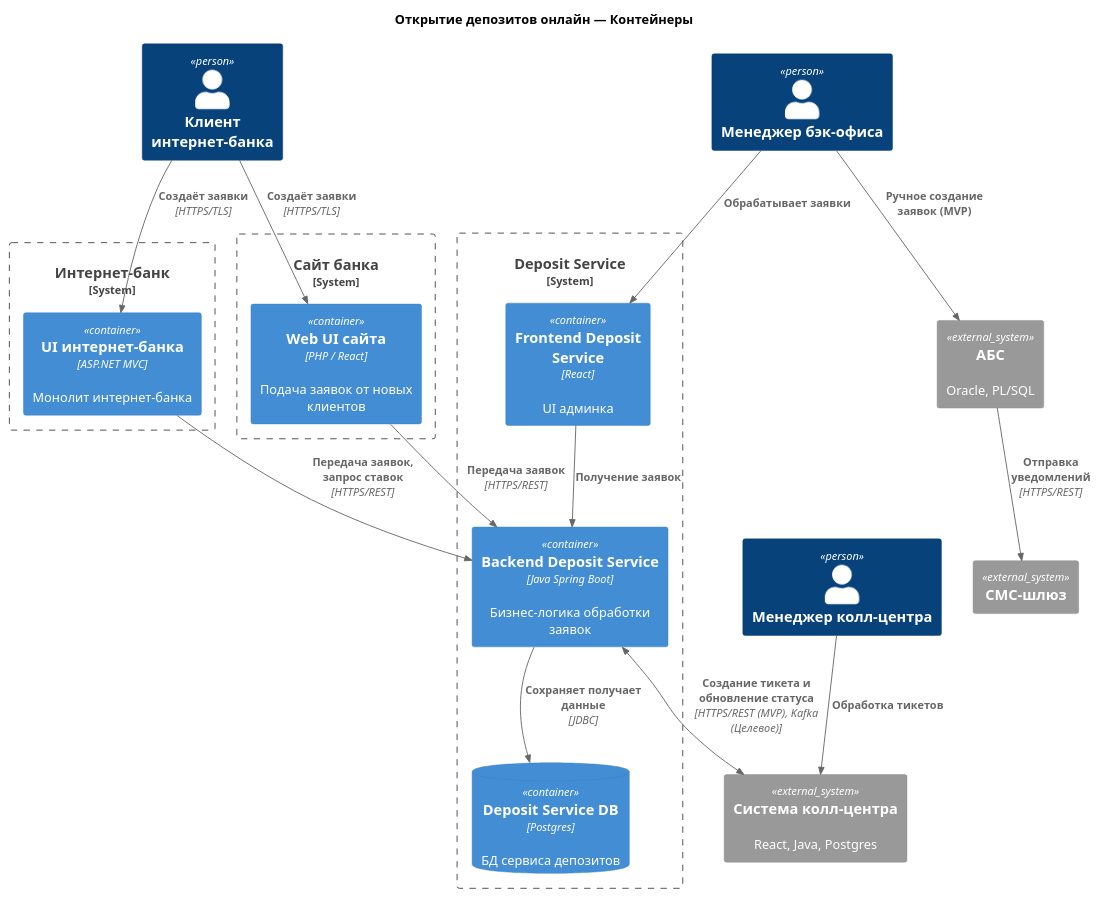
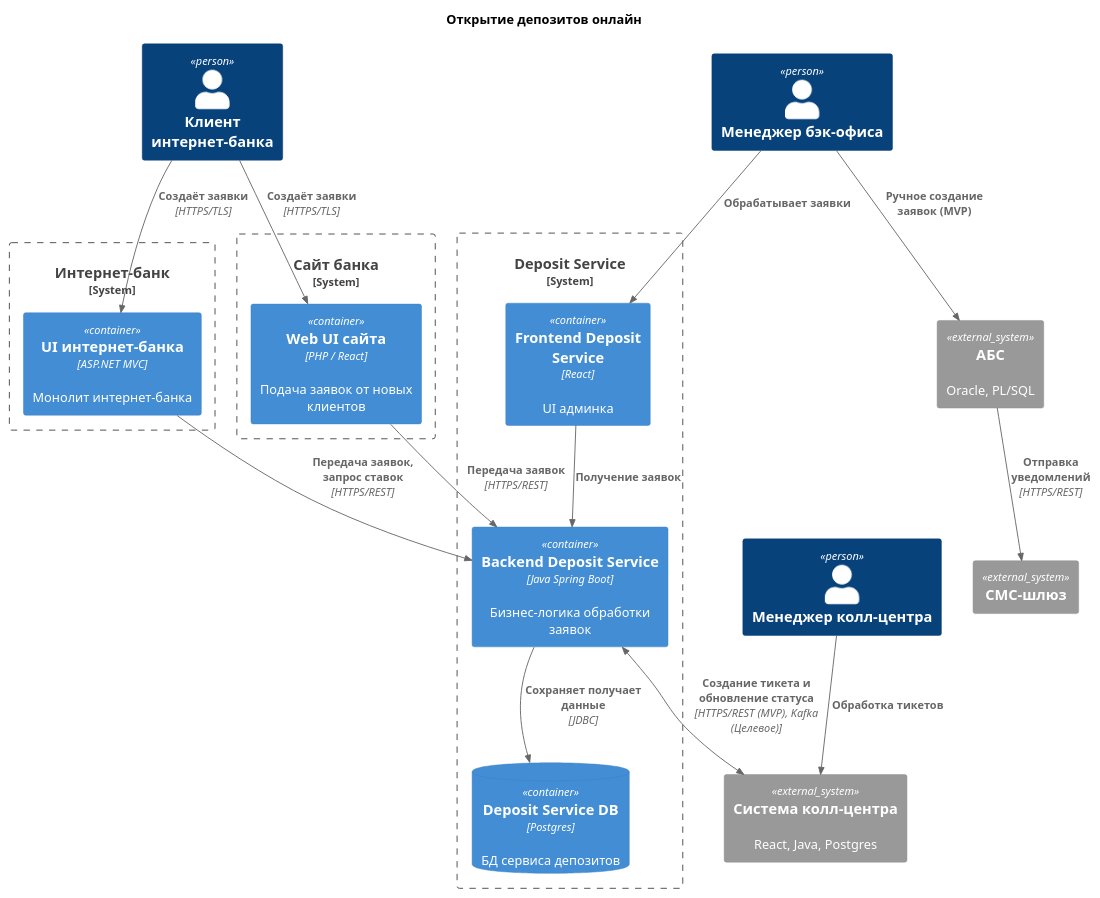
The diagram in Task3/container.puml (mrpeunov/architecture-pro-standart), drawn with PlantUML before and after one commit. The commit also changed 5 other files, not shown here.

```diff
--- a/Task3/container.puml
+++ b/Task3/container.puml
@@ -1,43 +1,43 @@
 @startuml C4_Container
 !include <C4/C4_Container.puml>
 
-title "Открытие депозитов онлайн — Контейнеры"
+title "Открытие депозитов онлайн"
 
 Person(client, "Клиент интернет-банка")
 Person(back_office_manager, "Менеджер бэк-офиса")
 Person(call_center_manager, "Менеджер колл-центра")
 
 System_Boundary(internet-bank, "Интернет-банк") {
  Container(internet_bank_app, "UI интернет-банка", "ASP.NET MVC", "Монолит интернет-банка")
 }
 
 System_Boundary(site, "Сайт банка") {
  Container(site_ui, "Web UI сайта", "PHP / React", "Подача заявок от новых клиентов")
 }
 
 System_Boundary(deposit_service, "Deposit Service") {
  Container(deposit_service_api, "Backend Deposit Service", "Java Spring Boot", "Бизнес-логика обработки заявок")
  Container(deposit_service_ui, "Frontend Deposit Service", "React", "UI админка")
  ContainerDb(deposit_service_db, "Deposit Service DB", "Postgres", "БД сервиса депозитов")
  Rel(deposit_service_api, deposit_service_db, "Сохраняет получает данные", "JDBC")
  Rel(deposit_service_ui, deposit_service_api, "Получение заявок")
 }
 
 System_Ext(call_center, "Система колл-центра", "React, Java, Postgres")
 System_Ext(abs, "АБС", "Oracle, PL/SQL")
 System_Ext(sms, "СМС-шлюз")
 
 Rel(client, internet_bank_app, "Создаёт заявки", "HTTPS/TLS")
 Rel(client, site_ui, "Создаёт заявки", "HTTPS/TLS")
 
 Rel(internet_bank_app, deposit_service_api, "Передача заявок, запрос ставок", "HTTPS/REST")
 Rel(site_ui, deposit_service_api, "Передача заявок", "HTTPS/REST")
 
 Rel(back_office_manager, deposit_service_ui, "Обрабатывает заявки")
 
 Rel(abs, sms, "Отправка уведомлений", "HTTPS/REST")
 BiRel(deposit_service_api, call_center, "Создание тикета и обновление статуса", "HTTPS/REST (MVP), Kafka (Целевое)")
 
 Rel(call_center_manager, call_center, "Обработка тикетов")
 Rel(back_office_manager, abs, "Ручное создание заявок (MVP)")
 @enduml
```
